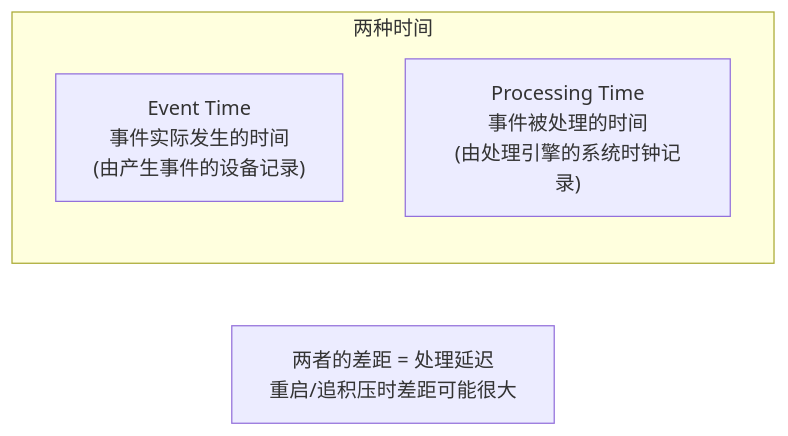
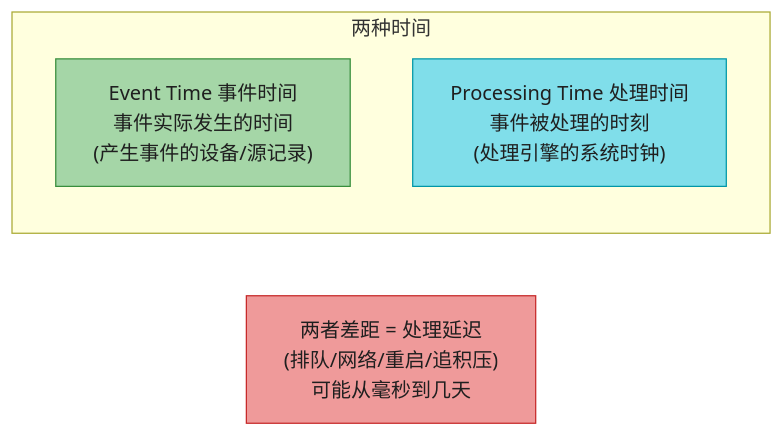
One commit to socoo123/ddia_2nd changed diagram 12 of 20 in ch12-流处理.md. Above: the diagram before and after it, drawn with Mermaid. The commit also changed other lines of this file and 5 other files, not shown here.

````diff
--- a/ch12-流处理.md
+++ b/ch12-流处理.md
@@ -219,8 +583,12 @@
 ```mermaid
-graph LR
+flowchart LR
     subgraph TIMES["两种时间"]
-        ET["Event Time<br/>事件实际发生的时间<br/>(由产生事件的设备记录)"]
-        PT["Processing Time<br/>事件被处理的时间<br/>(由处理引擎的系统时钟记录)"]
+        ET["Event Time 事件时间<br/>事件实际发生的时间<br/>(产生事件的设备/源记录)"]
+        PT["Processing Time 处理时间<br/>事件被处理的时刻<br/>(处理引擎的系统时钟)"]
     end
-    NOTE["两者的差距 = 处理延迟<br/>重启/追积压时差距可能很大"]
+    GAP["两者差距 = 处理延迟<br/>(排队/网络/重启/追积压)<br/>可能从毫秒到几天"]
+
+    style ET fill:#A5D6A7,stroke:#388E3C,color:#1f1f1f
+    style PT fill:#80DEEA,stroke:#0097A7,color:#1f1f1f
+    style GAP fill:#EF9A9A,stroke:#C62828,color:#1f1f1f
 ```
````
